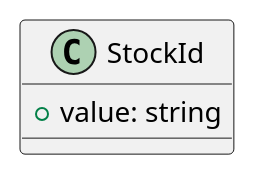
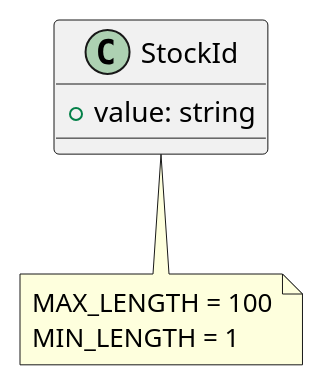
Before and after one commit to yui666a/ddd: the diagram in StockManagement/src/Domain/models/Book/Stock/StockId/StockId.pu, drawn with PlantUML. The commit also changed 70 other files, not shown here.

```diff
--- a/StockManagement/src/Domain/models/Book/Stock/StockId/StockId.pu
+++ b/StockManagement/src/Domain/models/Book/Stock/StockId/StockId.pu
@@ -1,7 +1,12 @@
 @startuml StockId
 
 class "StockId" as StockId {
     + value: string
 }
 
+note bottom of StockId
+  MAX_LENGTH = 100
+  MIN_LENGTH = 1
+end note
+
 @enduml
```
